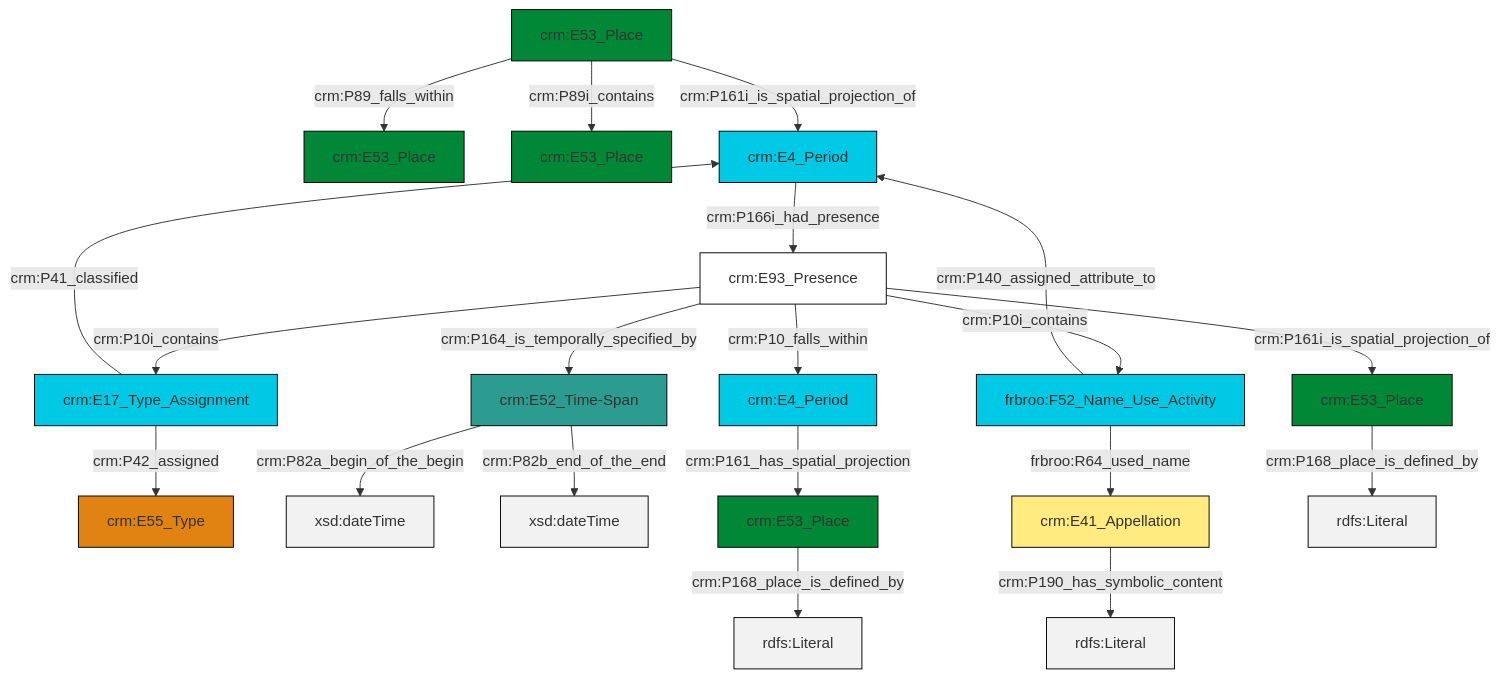
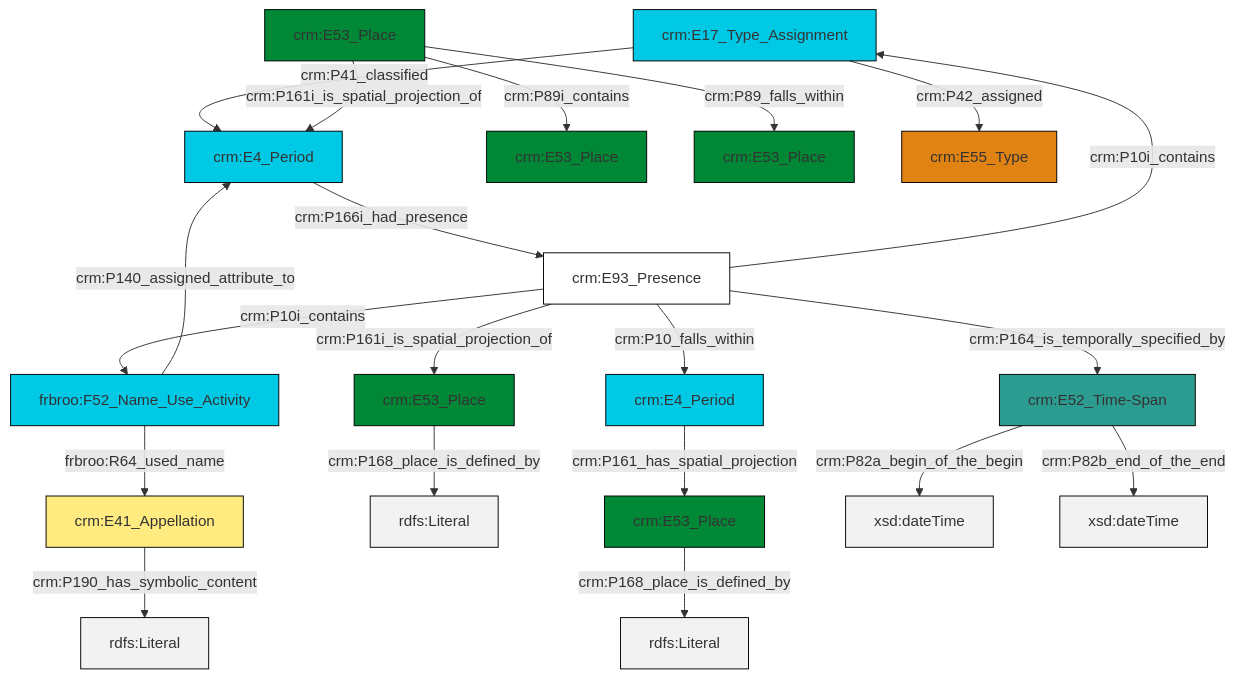
The diagram in et/placeCSV/ttl/mmd/place_parthood.ttl.mmd (swiss-art-research-net/docs.swissartresearch), drawn with Mermaid before and after one commit. The commit also changed 180 other files, not shown here.

```diff
--- a/et/placeCSV/ttl/mmd/place_parthood.ttl.mmd
+++ b/et/placeCSV/ttl/mmd/place_parthood.ttl.mmd
@@ -1,34 +1,34 @@
 graph TD
 classDef Literal fill:#f2f2f2,stroke:#000000;
 classDef CRM_Entity fill:#FFFFFF,stroke:#000000;
 classDef Temporal_Entity fill:#00C9E6, stroke:#000000;
 classDef Type fill:#E18312, stroke:#000000;
 classDef Time-Span fill:#2C9C91, stroke:#000000;
 classDef Appellation fill:#FFEB7F, stroke:#000000;
 classDef Place fill:#008836, stroke:#000000;
 classDef Persistent_Item fill:#B266B2, stroke:#000000;
 classDef Conceptual_Object fill:#FFD700, stroke:#000000;
 classDef Physical_Thing fill:#D2B48C, stroke:#000000;
 classDef Actor fill:#f58aad, stroke:#000000;
 classDef PC_Classes fill:#4ce600, stroke:#000000;
 classDef Multi fill:#cccccc,stroke:#000000;
 
-0["crm:E53_Place"]:::Place -->|crm:P89_falls_within| 1["crm:E53_Place"]:::Place
-6["crm:E52_Time-Span"]:::Time-Span -->|crm:P82a_begin_of_the_begin| 7[xsd:dateTime]:::Literal
-8["crm:E17_Type_Assignment"]:::Temporal_Entity -->|crm:P42_assigned| 2["crm:E55_Type"]:::Type
-8["crm:E17_Type_Assignment"]:::Temporal_Entity -->|crm:P41_classified| 9["crm:E4_Period"]:::Temporal_Entity
-12["crm:E93_Presence"]:::CRM_Entity -->|crm:P10i_contains| 8["crm:E17_Type_Assignment"]:::Temporal_Entity
-12["crm:E93_Presence"]:::CRM_Entity -->|crm:P10i_contains| 13["frbroo:F52_Name_Use_Activity"]:::Temporal_Entity
-6["crm:E52_Time-Span"]:::Time-Span -->|crm:P82b_end_of_the_end| 15[xsd:dateTime]:::Literal
-0["crm:E53_Place"]:::Place -->|crm:P161i_is_spatial_projection_of| 9["crm:E4_Period"]:::Temporal_Entity
-12["crm:E93_Presence"]:::CRM_Entity -->|crm:P164_is_temporally_specified_by| 6["crm:E52_Time-Span"]:::Time-Span
-16["crm:E53_Place"]:::Place -->|crm:P168_place_is_defined_by| 23[rdfs:Literal]:::Literal
-12["crm:E93_Presence"]:::CRM_Entity -->|crm:P10_falls_within| 24["crm:E4_Period"]:::Temporal_Entity
-13["frbroo:F52_Name_Use_Activity"]:::Temporal_Entity -->|crm:P140_assigned_attribute_to| 9["crm:E4_Period"]:::Temporal_Entity
-13["frbroo:F52_Name_Use_Activity"]:::Temporal_Entity -->|frbroo:R64_used_name| 20["crm:E41_Appellation"]:::Appellation
-9["crm:E4_Period"]:::Temporal_Entity -->|crm:P166i_had_presence| 12["crm:E93_Presence"]:::CRM_Entity
-0["crm:E53_Place"]:::Place -->|crm:P89i_contains| 4["crm:E53_Place"]:::Place
-20["crm:E41_Appellation"]:::Appellation -->|crm:P190_has_symbolic_content| 26[rdfs:Literal]:::Literal
-24["crm:E4_Period"]:::Temporal_Entity -->|crm:P161_has_spatial_projection| 16["crm:E53_Place"]:::Place
-12["crm:E93_Presence"]:::CRM_Entity -->|crm:P161i_is_spatial_projection_of| 27["crm:E53_Place"]:::Place
-27["crm:E53_Place"]:::Place -->|crm:P168_place_is_defined_by| 30[rdfs:Literal]:::Literal
+0["crm:E17_Type_Assignment"]:::Temporal_Entity -->|crm:P41_classified| 1["crm:E4_Period"]:::Temporal_Entity
+1["crm:E4_Period"]:::Temporal_Entity -->|crm:P166i_had_presence| 2["crm:E93_Presence"]:::CRM_Entity
+7["crm:E4_Period"]:::Temporal_Entity -->|crm:P161_has_spatial_projection| 5["crm:E53_Place"]:::Place
+2["crm:E93_Presence"]:::CRM_Entity -->|crm:P161i_is_spatial_projection_of| 8["crm:E53_Place"]:::Place
+8["crm:E53_Place"]:::Place -->|crm:P168_place_is_defined_by| 10[rdfs:Literal]:::Literal
+11["crm:E53_Place"]:::Place -->|crm:P89i_contains| 3["crm:E53_Place"]:::Place
+2["crm:E93_Presence"]:::CRM_Entity -->|crm:P10i_contains| 12["frbroo:F52_Name_Use_Activity"]:::Temporal_Entity
+13["crm:E41_Appellation"]:::Appellation -->|crm:P190_has_symbolic_content| 14[rdfs:Literal]:::Literal
+2["crm:E93_Presence"]:::CRM_Entity -->|crm:P10i_contains| 0["crm:E17_Type_Assignment"]:::Temporal_Entity
+2["crm:E93_Presence"]:::CRM_Entity -->|crm:P164_is_temporally_specified_by| 17["crm:E52_Time-Span"]:::Time-Span
+12["frbroo:F52_Name_Use_Activity"]:::Temporal_Entity -->|crm:P140_assigned_attribute_to| 1["crm:E4_Period"]:::Temporal_Entity
+11["crm:E53_Place"]:::Place -->|crm:P161i_is_spatial_projection_of| 1["crm:E4_Period"]:::Temporal_Entity
+2["crm:E93_Presence"]:::CRM_Entity -->|crm:P10_falls_within| 7["crm:E4_Period"]:::Temporal_Entity
+17["crm:E52_Time-Span"]:::Time-Span -->|crm:P82a_begin_of_the_begin| 24[xsd:dateTime]:::Literal
+0["crm:E17_Type_Assignment"]:::Temporal_Entity -->|crm:P42_assigned| 25["crm:E55_Type"]:::Type
+17["crm:E52_Time-Span"]:::Time-Span -->|crm:P82b_end_of_the_end| 27[xsd:dateTime]:::Literal
+12["frbroo:F52_Name_Use_Activity"]:::Temporal_Entity -->|frbroo:R64_used_name| 13["crm:E41_Appellation"]:::Appellation
+11["crm:E53_Place"]:::Place -->|crm:P89_falls_within| 15["crm:E53_Place"]:::Place
+5["crm:E53_Place"]:::Place -->|crm:P168_place_is_defined_by| 28[rdfs:Literal]:::Literal
```
